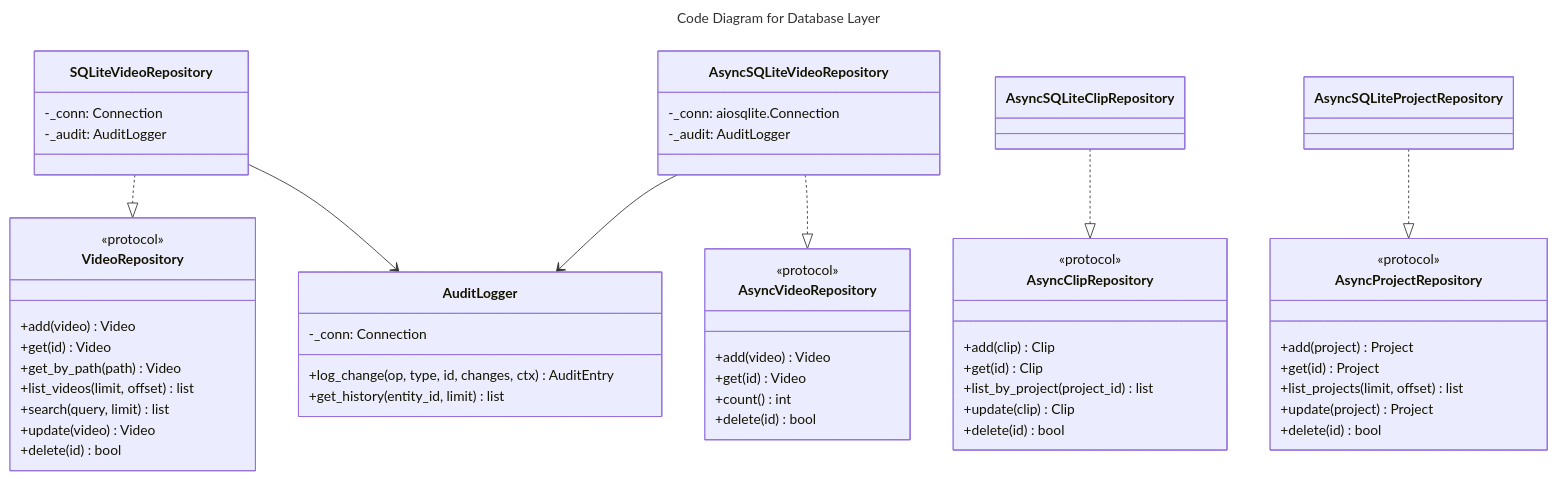
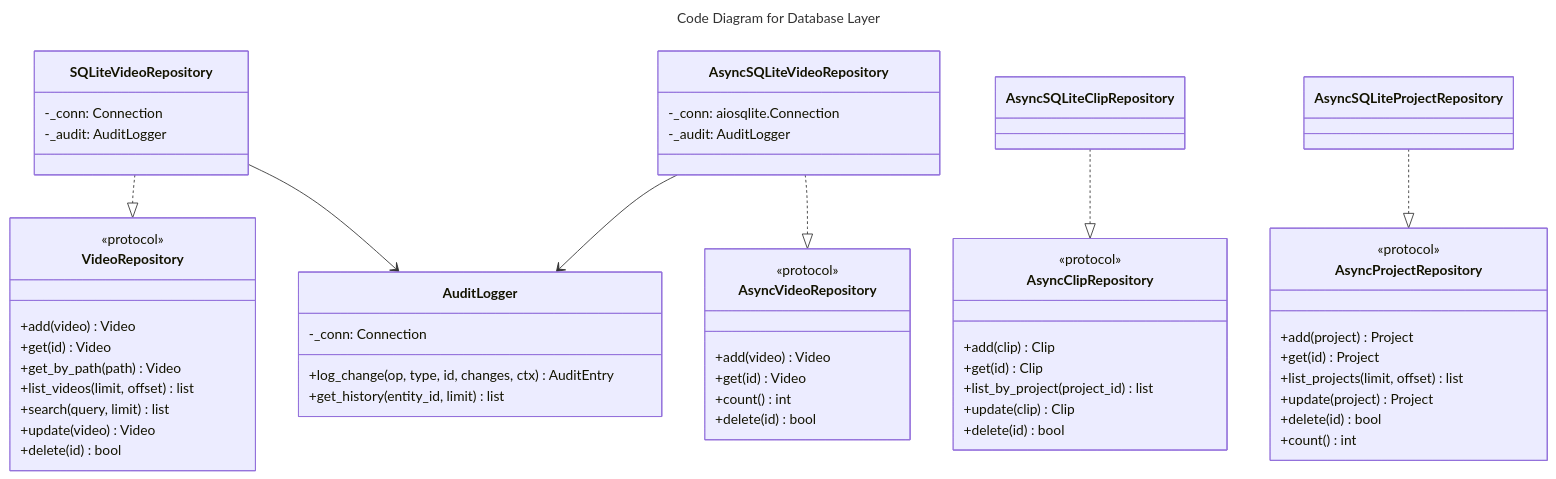
One commit to gwickman/stoat-and-ferret changed the diagram in docs/C4-Documentation/c4-code-stoat-ferret-db.md. Above: the diagram before and after it, drawn with Mermaid. The commit also changed other lines of this file and 22 other files, not shown here.

````diff
--- a/docs/C4-Documentation/c4-code-stoat-ferret-db.md
+++ b/docs/C4-Documentation/c4-code-stoat-ferret-db.md
@@ -176,58 +177,59 @@
 ```mermaid
 ---
 title: Code Diagram for Database Layer
 ---
 classDiagram
     class VideoRepository {
         <<protocol>>
         +add(video) Video
         +get(id) Video
         +get_by_path(path) Video
         +list_videos(limit, offset) list
         +search(query, limit) list
         +update(video) Video
         +delete(id) bool
     }
     class AsyncVideoRepository {
         <<protocol>>
         +add(video) Video
         +get(id) Video
         +count() int
         +delete(id) bool
     }
     class AsyncClipRepository {
         <<protocol>>
         +add(clip) Clip
         +get(id) Clip
         +list_by_project(project_id) list
         +update(clip) Clip
         +delete(id) bool
     }
     class AsyncProjectRepository {
         <<protocol>>
         +add(project) Project
         +get(id) Project
         +list_projects(limit, offset) list
         +update(project) Project
         +delete(id) bool
+        +count() int
     }
     class SQLiteVideoRepository {
         -_conn: Connection
         -_audit: AuditLogger
     }
     class AsyncSQLiteVideoRepository {
         -_conn: aiosqlite.Connection
         -_audit: AuditLogger
     }
     class AuditLogger {
         -_conn: Connection
         +log_change(op, type, id, changes, ctx) AuditEntry
         +get_history(entity_id, limit) list
     }
     SQLiteVideoRepository ..|> VideoRepository
     AsyncSQLiteVideoRepository ..|> AsyncVideoRepository
     AsyncSQLiteClipRepository ..|> AsyncClipRepository
     AsyncSQLiteProjectRepository ..|> AsyncProjectRepository
     SQLiteVideoRepository --> AuditLogger
     AsyncSQLiteVideoRepository --> AuditLogger
 ```
````
